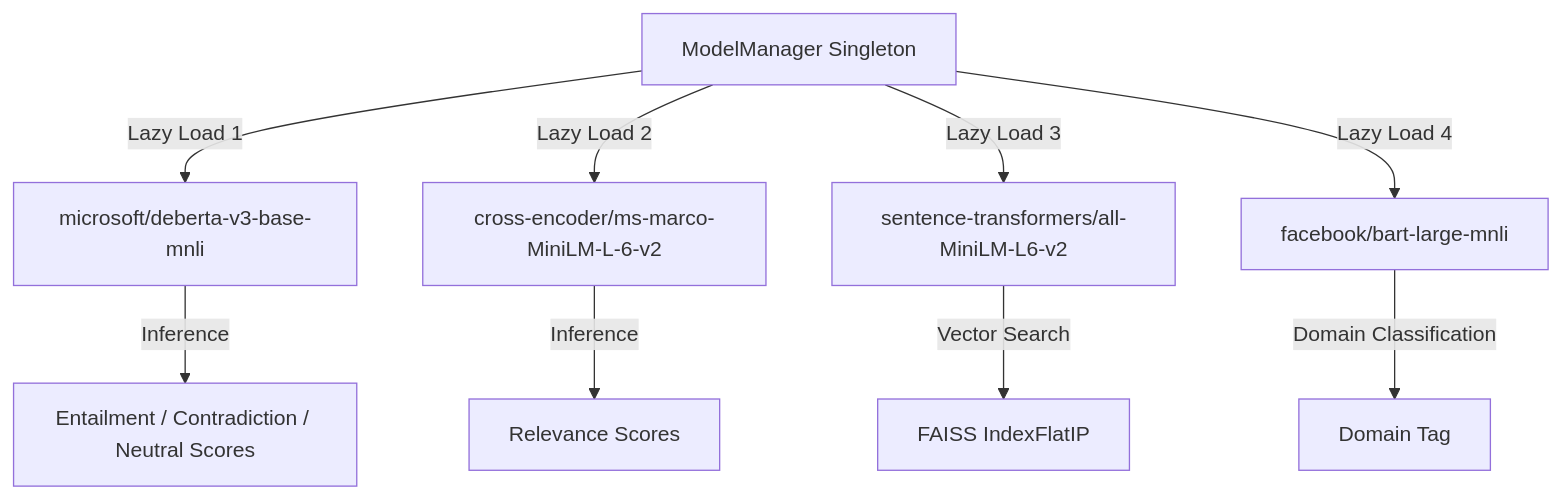
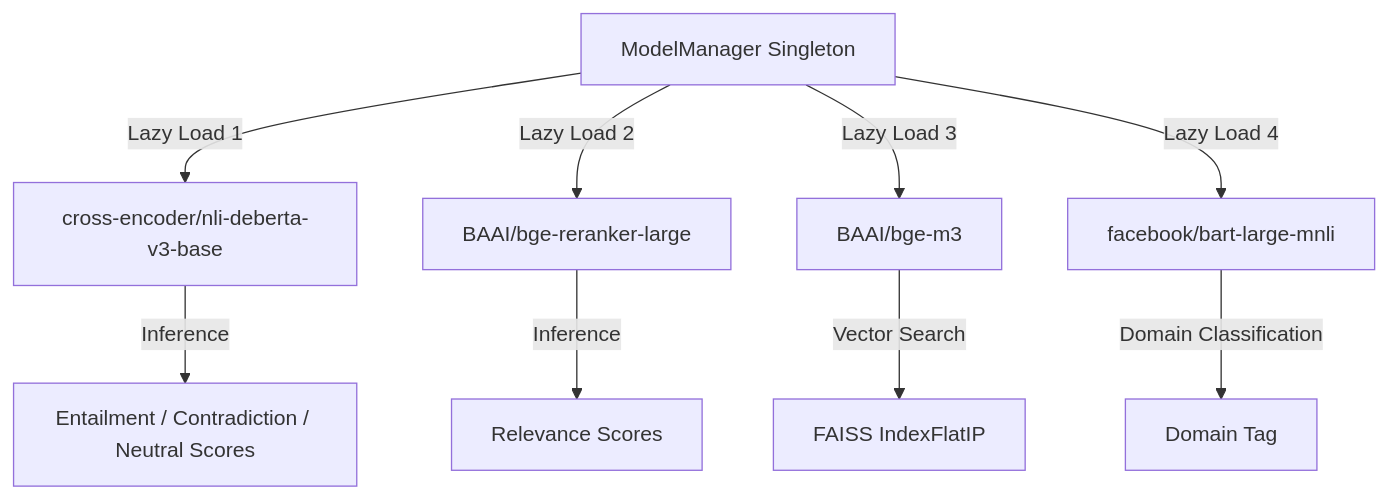
One commit to Manju10092006/HalluciGuard changed the fourth of 6 diagrams in agents/verifier_agent/VERIFIER_AGENT_TECHNICAL_DOCUMENTATION.md. Above: the diagram before and after it, drawn with Mermaid. The commit also changed other lines of this file and 62 other files, not shown here.

````diff
--- a/agents/verifier_agent/VERIFIER_AGENT_TECHNICAL_DOCUMENTATION.md
+++ b/agents/verifier_agent/VERIFIER_AGENT_TECHNICAL_DOCUMENTATION.md
@@ -328,12 +328,12 @@
 ```mermaid
 graph TD
-    MM[ModelManager Singleton] -->|Lazy Load 1| DeBERTa[microsoft/deberta-v3-base-mnli]
-    MM -->|Lazy Load 2| CrossEncoder[cross-encoder/ms-marco-MiniLM-L-6-v2]
-    MM -->|Lazy Load 3| Embedder[sentence-transformers/all-MiniLM-L6-v2]
+    MM[ModelManager Singleton] -->|Lazy Load 1| DeBERTa[cross-encoder/nli-deberta-v3-base]
+    MM -->|Lazy Load 2| CrossEncoder[BAAI/bge-reranker-large]
+    MM -->|Lazy Load 3| Embedder[BAAI/bge-m3]
     MM -->|Lazy Load 4| ZeroShot[facebook/bart-large-mnli]
     
     DeBERTa -->|Inference| NLIResult[Entailment / Contradiction / Neutral Scores]
     CrossEncoder -->|Inference| RerankResult[Relevance Scores]
     Embedder -->|Vector Search| FAISSIndex[FAISS IndexFlatIP]
     ZeroShot -->|Domain Classification| DomainTag[Domain Tag]
 ```
````
